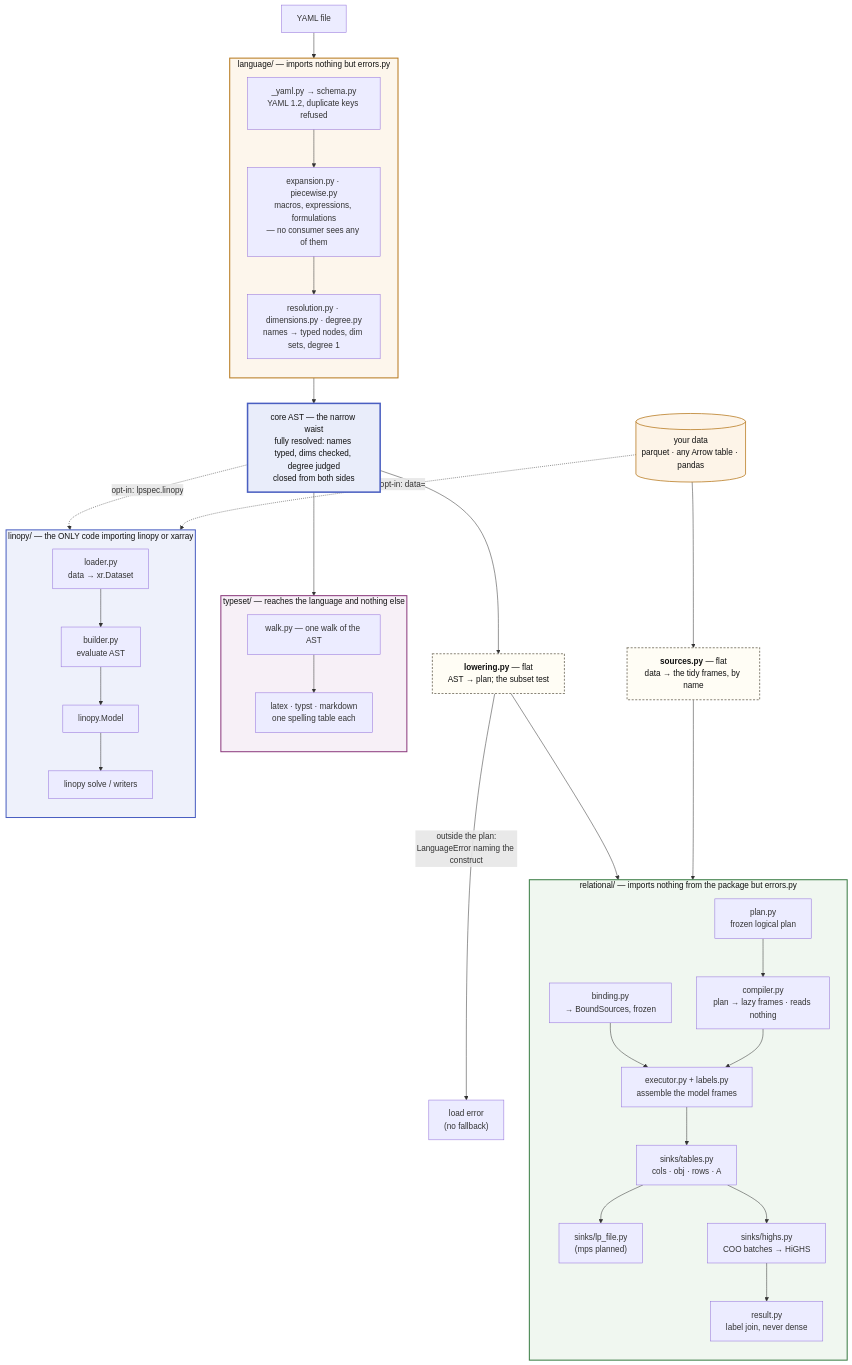
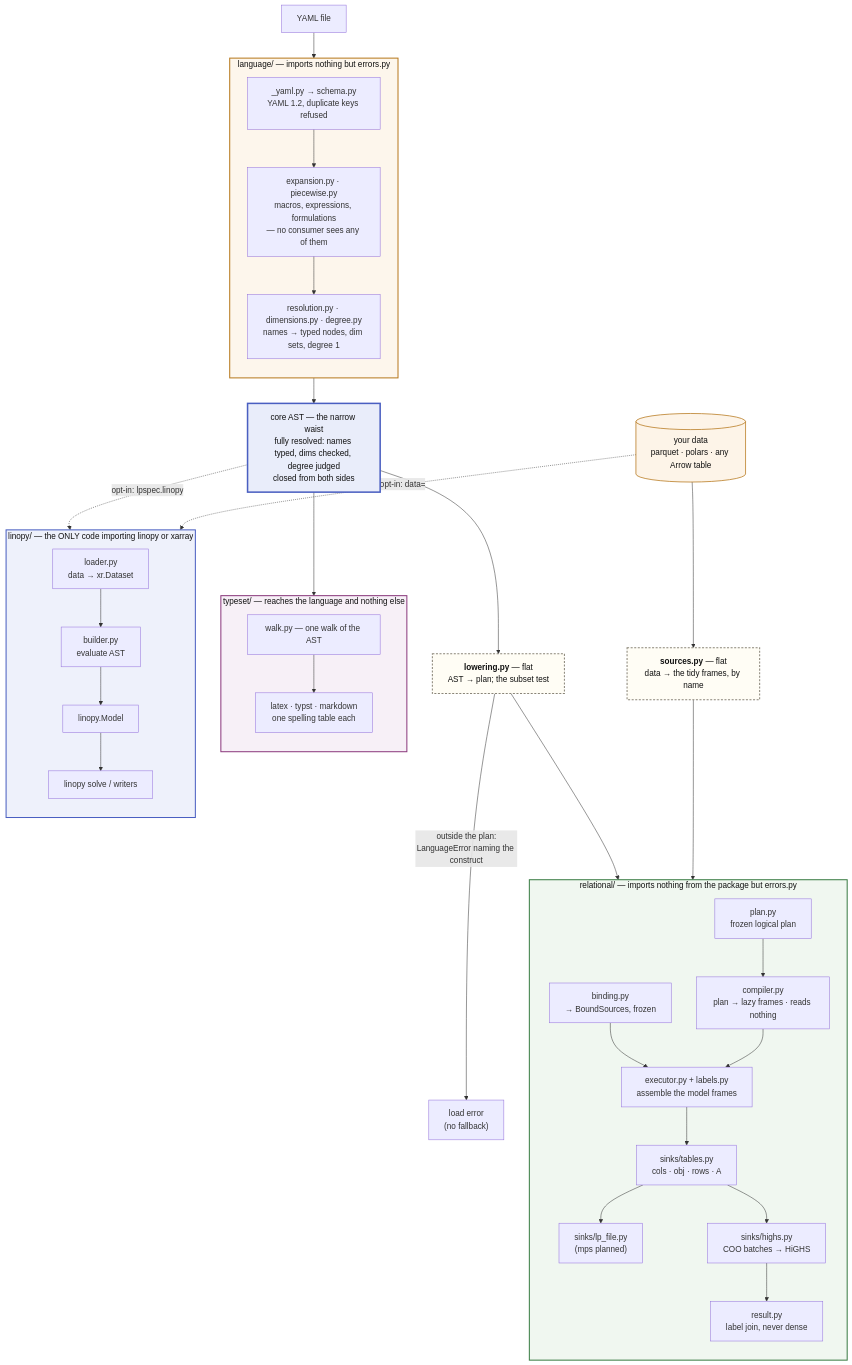
Before and after one commit to FBumann/farkas: the first of 2 diagrams in docs/ARCHITECTURE.md, drawn with Mermaid. The commit also changed other lines of this file, not shown here.

Commit message:
docs(architecture): polars, not pandas, on the data cylinder
Listing pandas as an input shape on the pipeline diagram contradicts the
dependency story three sections below it — pandas is a bridge *out*, shipped
with the [linopy] extra, and the bare-install job runs the suite without it.

It was never needed on the label either: a pandas frame is accepted because it
exports the Arrow PyCapsule protocol, so "any Arrow table" already covers it.
Both cylinders now read parquet · polars · any Arrow table.

The remaining pandas mention is the unnamed-index positional fallback, which
is genuinely pandas-specific and stays.

````diff
--- a/docs/ARCHITECTURE.md
+++ b/docs/ARCHITECTURE.md
@@ -48,64 +48,64 @@
 ```mermaid
 flowchart TB
     Y[YAML file] --> LANG
 
     subgraph LANG["language/ — imports nothing but errors.py"]
         direction TB
         SCHEMA["_yaml.py → schema.py<br/>YAML 1.2, duplicate keys refused"]
         SCHEMA --> EXPAND["expansion.py · piecewise.py<br/>macros, expressions, formulations<br/>— no consumer sees any of them"]
         EXPAND --> RESOLVE["resolution.py · dimensions.py · degree.py<br/>names → typed nodes, dim sets, degree 1"]
     end
 
     LANG --> AST["core AST — the narrow waist<br/>fully resolved: names typed, dims checked, degree judged<br/>closed from both sides"]
 
     AST --> LOWER
     AST --> WALK
     AST -.->|"opt-in: lpspec.linopy"| BUILD
 
-    DATA[("your data<br/>parquet · any Arrow table · pandas")] --> SRC
+    DATA[("your data<br/>parquet · polars · any Arrow table")] --> SRC
     DATA -.->|"opt-in: data="| LOAD
 
     LOWER["<b>lowering.py</b> — flat<br/>AST → plan; the subset test"]
     SRC["<b>sources.py</b> — flat<br/>data → the tidy frames, by name"]
 
     LOWER --> PLAN
     SRC --> BIND
     LOWER -->|"outside the plan:<br/>LanguageError naming the construct"| ERR["load error<br/>(no fallback)"]
 
     subgraph REL["relational/ — imports nothing from the package but errors.py"]
         direction TB
         PLAN["plan.py<br/>frozen logical plan"] --> COMP["compiler.py<br/>plan → lazy frames · reads nothing"]
         BIND["binding.py<br/>→ BoundSources, frozen"] --> EXEC
         COMP --> EXEC["executor.py + labels.py<br/>assemble the model frames"]
         EXEC --> TABLES["sinks/tables.py<br/>cols · obj · rows · A"]
         TABLES --> LPS["sinks/lp_file.py<br/>(mps planned)"]
         TABLES --> DIRECT["sinks/highs.py<br/>COO batches → HiGHS"]
         DIRECT --> SOL["result.py<br/>label join, never dense"]
     end
 
     subgraph TS["typeset/ — reaches the language and nothing else"]
         direction TB
         WALK["walk.py — one walk of the AST"] --> FMT["latex · typst · markdown<br/>one spelling table each"]
     end
 
     subgraph EAGER["linopy/ — the ONLY code importing linopy or xarray"]
         direction TB
         LOAD["loader.py<br/>data → xr.Dataset"] --> BUILD["builder.py<br/>evaluate AST"]
         BUILD --> MODEL[linopy.Model] --> SOLVE["linopy solve / writers"]
     end
 
     classDef laneL fill:#fdf6ec,stroke:#b7791f,stroke-width:2px,color:#111
     classDef laneR fill:#f0f7f0,stroke:#3a7d44,stroke-width:2px,color:#111
     classDef laneE fill:#eef1fb,stroke:#4a5fc1,stroke-width:2px,color:#111
     classDef laneT fill:#f7f0f7,stroke:#8b3a7d,stroke-width:2px,color:#111
     classDef waist fill:#e9edfa,stroke:#4a5fc1,stroke-width:3px,color:#111
     classDef flat fill:#fffdf5,stroke:#8a8578,stroke-width:2px,stroke-dasharray:4 3,color:#111
     classDef data fill:#fdf4e8,stroke:#b7791f,stroke-width:1.5px,color:#111
     class LANG laneL
     class REL laneR
     class EAGER laneE
     class TS laneT
     class AST waist
     class LOWER,SRC flat
     class DATA data
 ```
````
